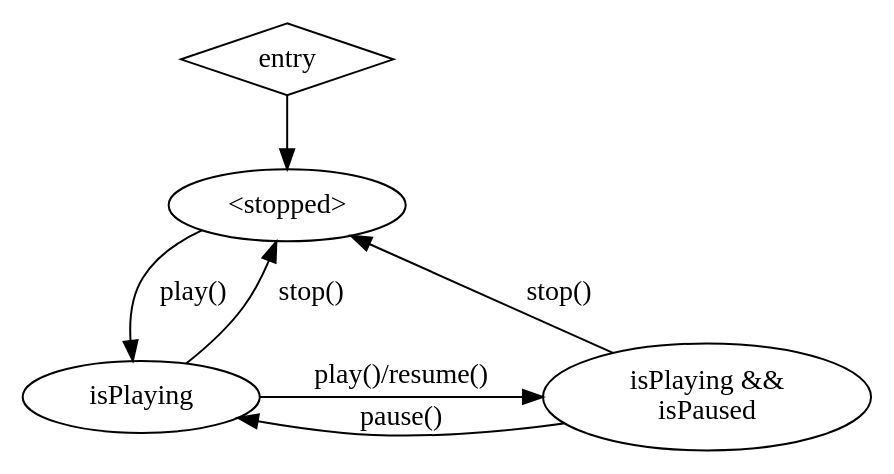
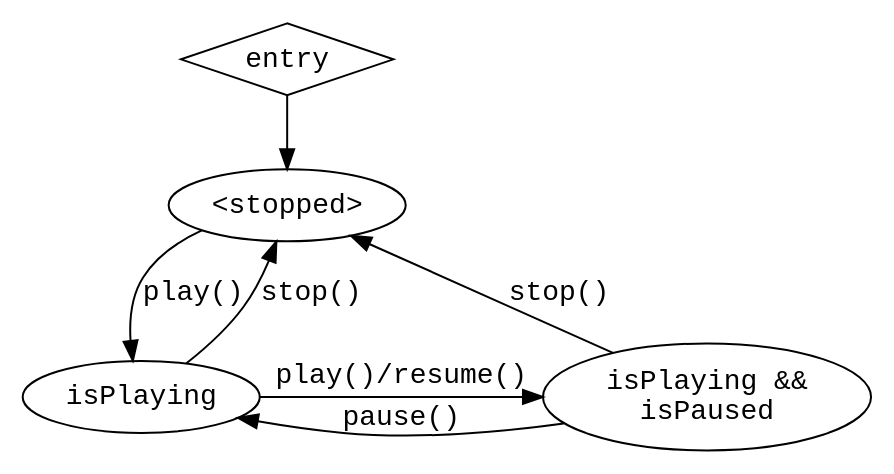
Before and after one commit to cocos/cocos-docs: the diagram in zh/engine/animation/playback-control.dot, drawn with Graphviz. The commit also changed 1 other file, not shown here.

```diff
--- a/zh/engine/animation/playback-control.dot
+++ b/zh/engine/animation/playback-control.dot
@@ -1,22 +1,22 @@
 strict digraph {
-    graph [fontname = "consolas"];
-    node [fontname = "consolas"];
-    edge [fontname = "consolas"];
+    graph [fontname = "Courier New"];
+    node [fontname = "Courier New"];
+    edge [fontname = "Courier New"];
 
     entry [labe="<entry>",shape="diamond"]
     {
         rank=same;
         playing [label="isPlaying"]
         playingPaused [label="isPlaying &&\nisPaused"]
     }
     stopped [label="<stopped>"]
 
     entry -> stopped
 
     stopped -> playing [label="play()"]
     playing -> playingPaused [label="play()/resume()"]
     playingPaused -> playing [label="pause()"]
 
     playing -> stopped [label="stop()"]
     playingPaused -> stopped [label="stop()"]
 }
```
